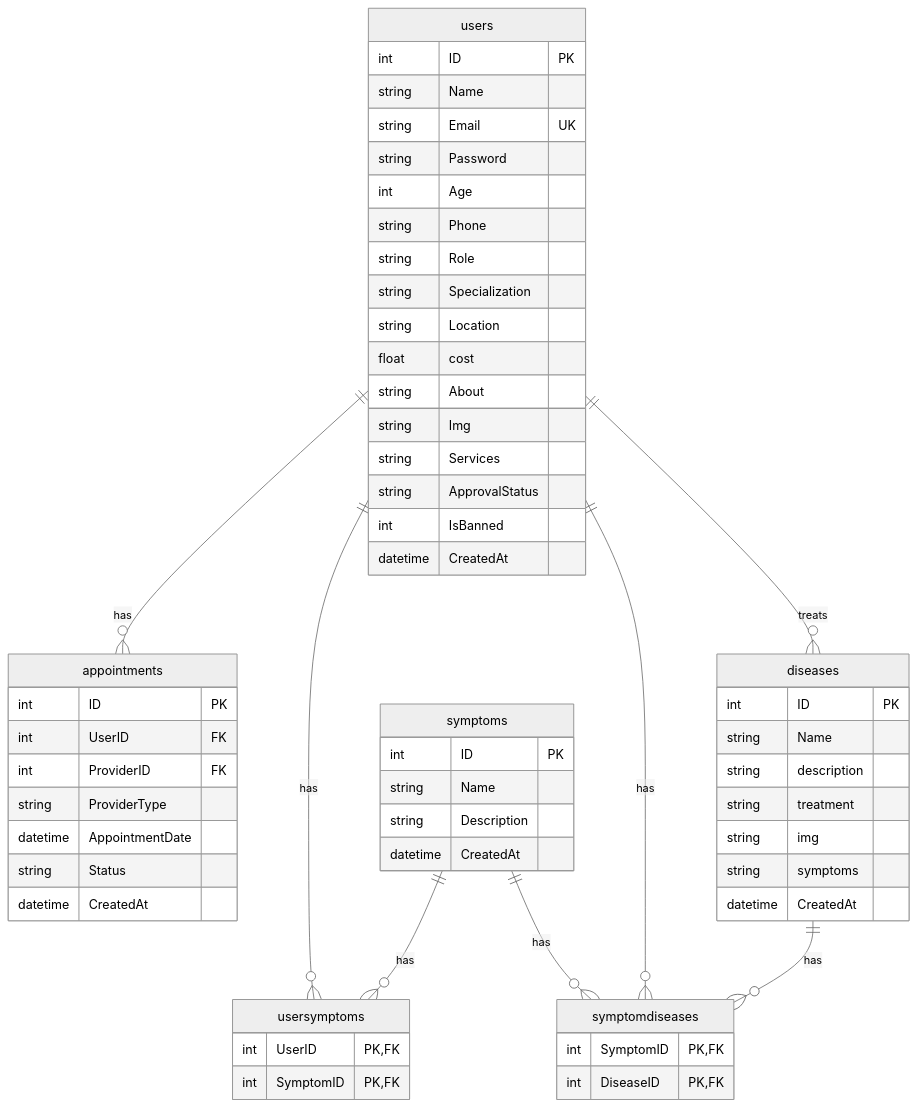
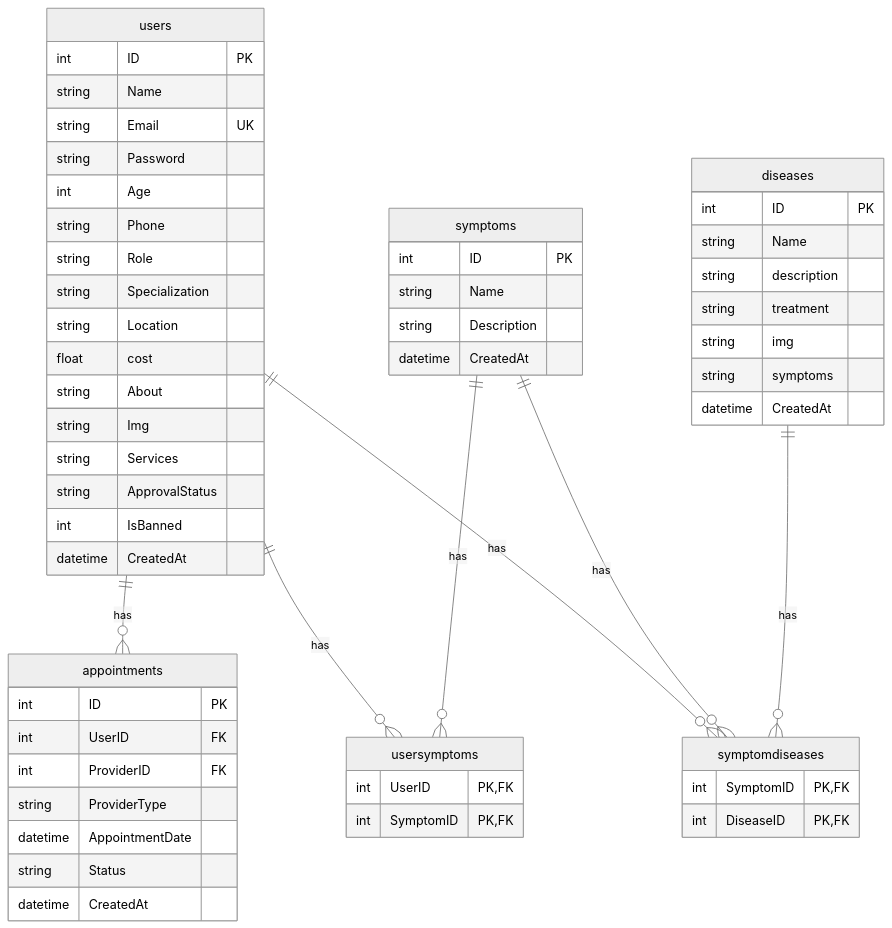
The diagram in DB_DIAGRAMS.md (Zain7856/MedMind), drawn with Mermaid (neutral theme) before and after one commit. The commit also changed 4 other files, not shown here.

````diff
--- a/DB_DIAGRAMS.md
+++ b/DB_DIAGRAMS.md
@@ -5,66 +5,65 @@
 ```mermaid
 erDiagram
     users ||--o{ appointments : "has"
     users ||--o{ usersymptoms : "has"
     users ||--o{ symptomdiseases : "has"
-    users ||--o{ diseases : "treats"
     symptoms ||--o{ usersymptoms : "has"
     symptoms ||--o{ symptomdiseases : "has"
     diseases ||--o{ symptomdiseases : "has"
 
     users {
         int ID PK
         string Name
         string Email UK
         string Password
         int Age
         string Phone
         string Role
         string Specialization
         string Location
         float cost
         string About
         string Img
         string Services
         string ApprovalStatus
         int IsBanned
         datetime CreatedAt
     }
 
     symptoms {
         int ID PK
         string Name
         string Description
         datetime CreatedAt
     }
 
     diseases {
         int ID PK
         string Name
         string description
         string treatment
         string img
         string symptoms
         datetime CreatedAt
     }
 
     appointments {
         int ID PK
         int UserID FK
         int ProviderID FK
         string ProviderType
         datetime AppointmentDate
         string Status
         datetime CreatedAt
     }
 
     usersymptoms {
         int UserID PK,FK
         int SymptomID PK,FK
     }
 
     symptomdiseases {
         int SymptomID PK,FK
         int DiseaseID PK,FK
     }
 ```
````
